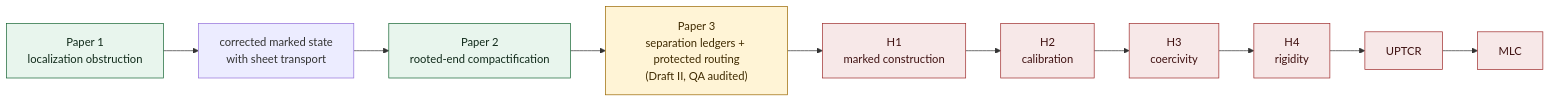
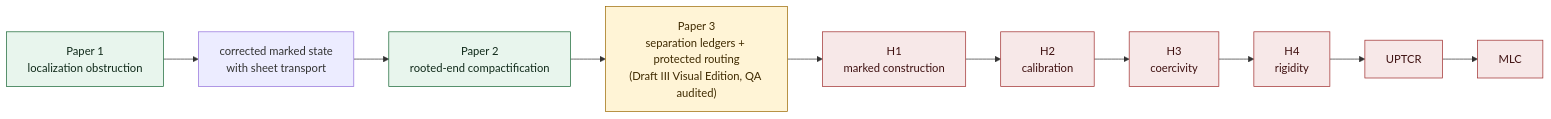
Before and after one commit to dovvnloading/loops-research-archive: the diagram in README.md, drawn with Mermaid. The commit also changed other lines of this file and 9 other files, not shown here.

````diff
--- a/README.md
+++ b/README.md
@@ -30,19 +30,19 @@
 ```mermaid
 flowchart LR
     P1["Paper 1<br/>localization obstruction"] --> S["corrected marked state<br/>with sheet transport"]
     S --> P2["Paper 2<br/>rooted-end compactification"]
-    P2 --> P3["Paper 3<br/>separation ledgers + protected routing<br/>(Draft II, QA audited)"]
+    P2 --> P3["Paper 3<br/>separation ledgers + protected routing<br/>(Draft III Visual Edition, QA audited)"]
     P3 --> H1["H1<br/>marked construction"]
     H1 --> H2["H2<br/>calibration"]
     H2 --> H3["H3<br/>coercivity"]
     H3 --> H4["H4<br/>rigidity"]
     H4 --> U["UPTCR"]
     U --> M["MLC"]
 
     classDef proved fill:#e8f5ed,stroke:#166534,color:#102a1a;
     classDef active fill:#fff4d6,stroke:#9a6700,color:#3f2a00;
     classDef open fill:#f7e8e8,stroke:#9f2d2d,color:#3f1111;
     class P1,P2 proved;
     class P3 active;
     class H1,H2,H3,H4,U,M open;
 ```
````
